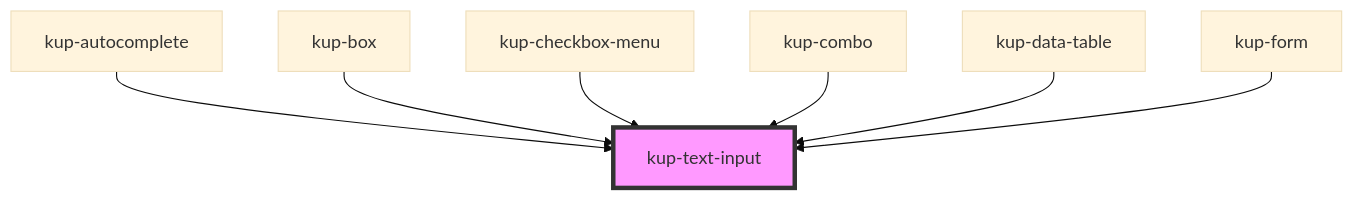
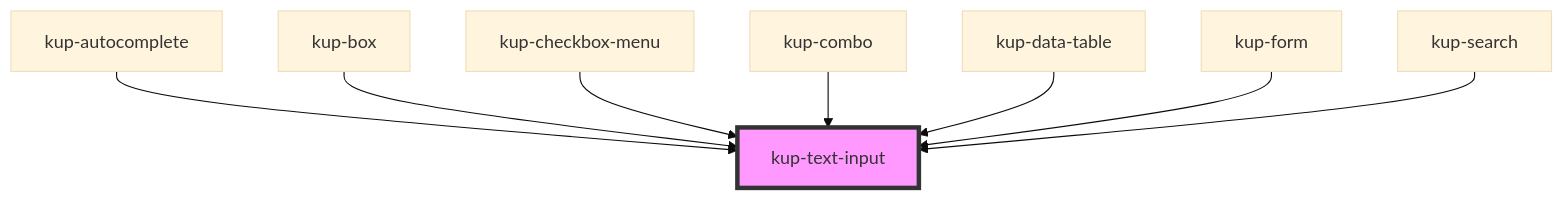
One commit to smeup/ketchup changed the diagram in packages/ketchup/src/components/kup-text-input/readme.md. Above: the diagram before and after it, drawn with Mermaid (base theme). The commit also changed other lines of this file and 28 other files, not shown here.

Commit message:
kup-form: search

````diff
--- a/packages/ketchup/src/components/kup-text-input/readme.md
+++ b/packages/ketchup/src/components/kup-text-input/readme.md
@@ -84,10 +85,11 @@
 ```mermaid
 graph TD;
   kup-autocomplete --> kup-text-input
   kup-box --> kup-text-input
   kup-checkbox-menu --> kup-text-input
   kup-combo --> kup-text-input
   kup-data-table --> kup-text-input
   kup-form --> kup-text-input
+  kup-search --> kup-text-input
   style kup-text-input fill:#f9f,stroke:#333,stroke-width:4px
 ```
````
